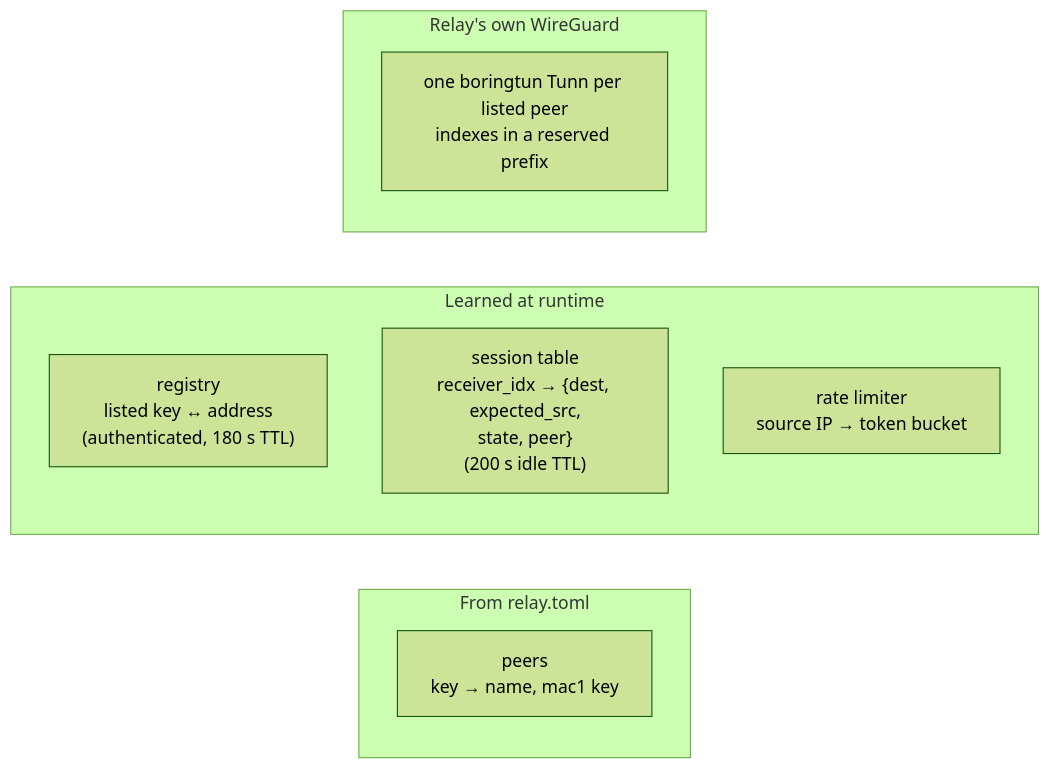
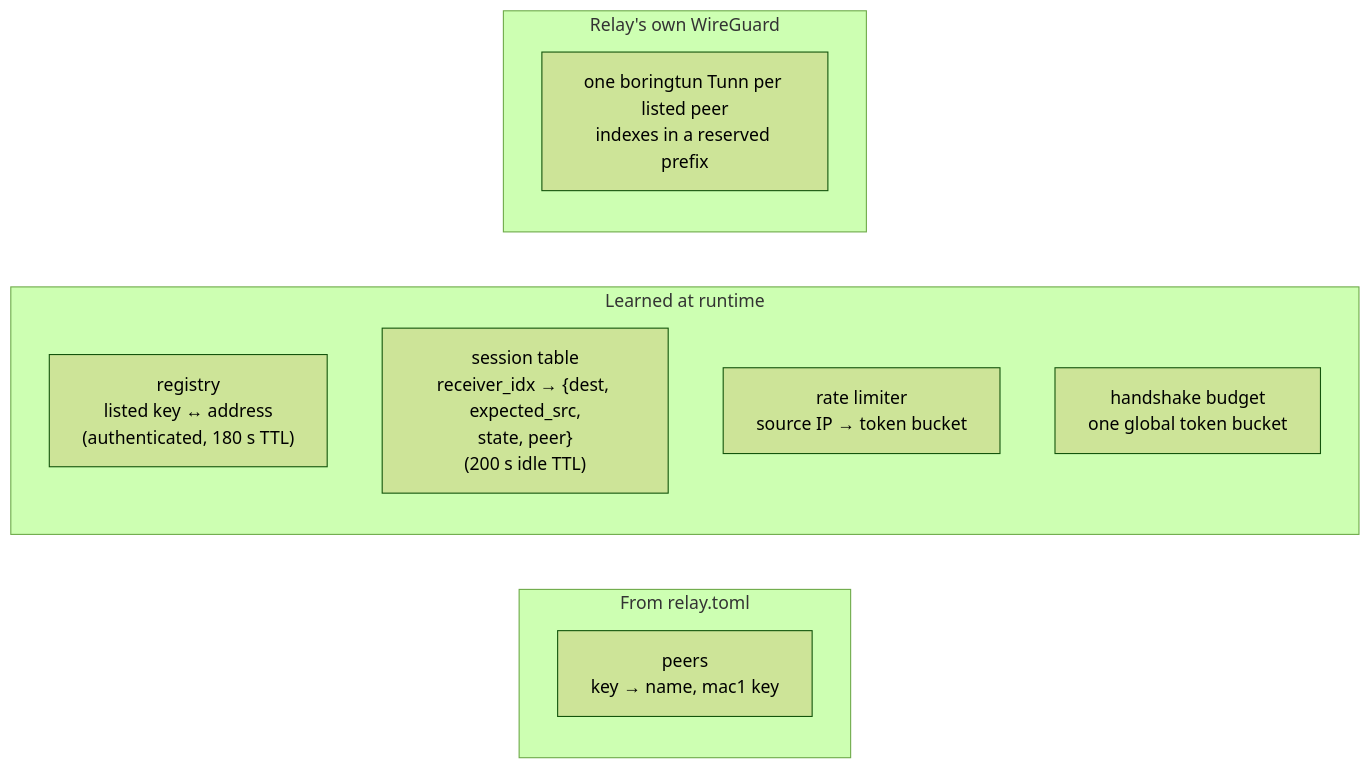
Before and after one commit to 3alpha/wg-relay: the eighth of 22 diagrams in docs/how-it-works.md, drawn with Mermaid (forest theme). The commit also changed other lines of this file and 12 other files, not shown here.

````diff
--- a/docs/how-it-works.md
+++ b/docs/how-it-works.md
@@ -297,14 +297,15 @@
 ```mermaid
 flowchart LR
     subgraph cfg["From relay.toml"]
         P["peers<br/>key → name, mac1 key"]
     end
     subgraph learned_state["Learned at runtime"]
         REG["registry<br/>listed key ↔ address<br/>(authenticated, 180 s TTL)"]
         SES["session table<br/>receiver_idx → {dest, expected_src,<br/>state, peer}<br/>(200 s idle TTL)"]
         RL["rate limiter<br/>source IP → token bucket"]
+        BUD["handshake budget<br/>one global token bucket"]
     end
     subgraph tunnels["Relay's own WireGuard"]
         T["one boringtun Tunn per listed peer<br/>indexes in a reserved prefix"]
     end
 ```
````
